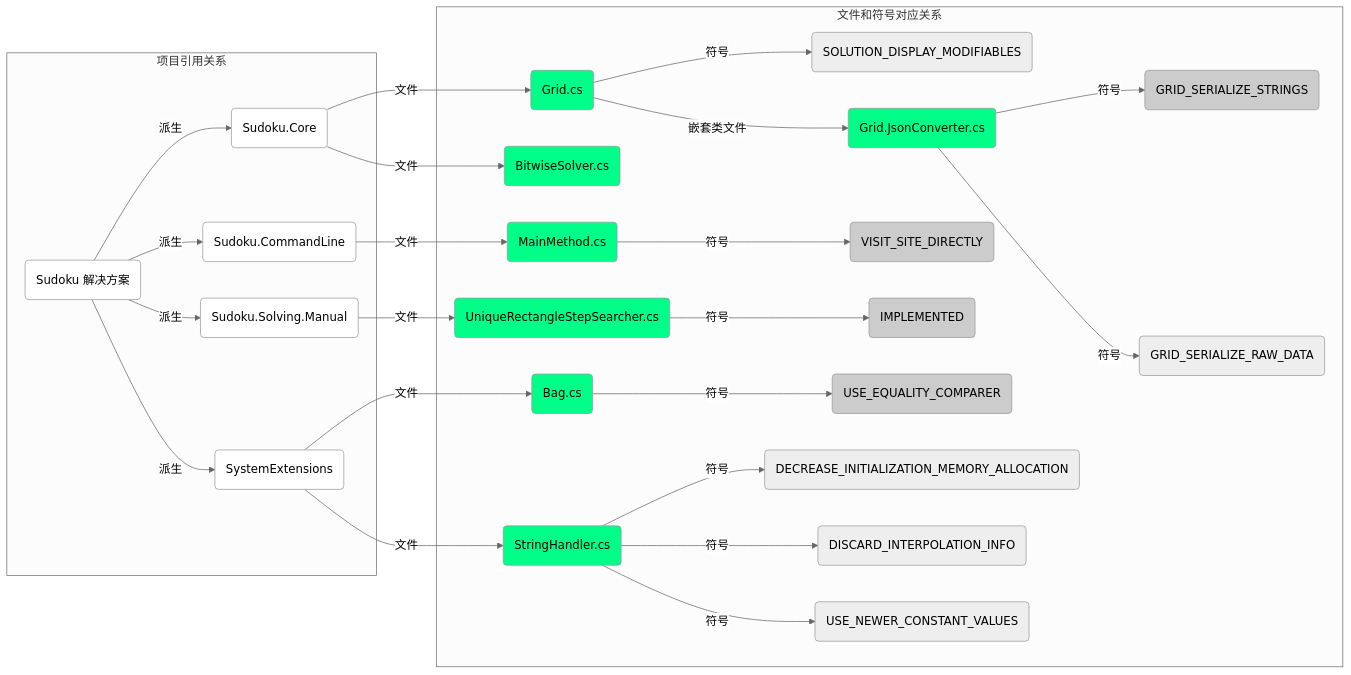
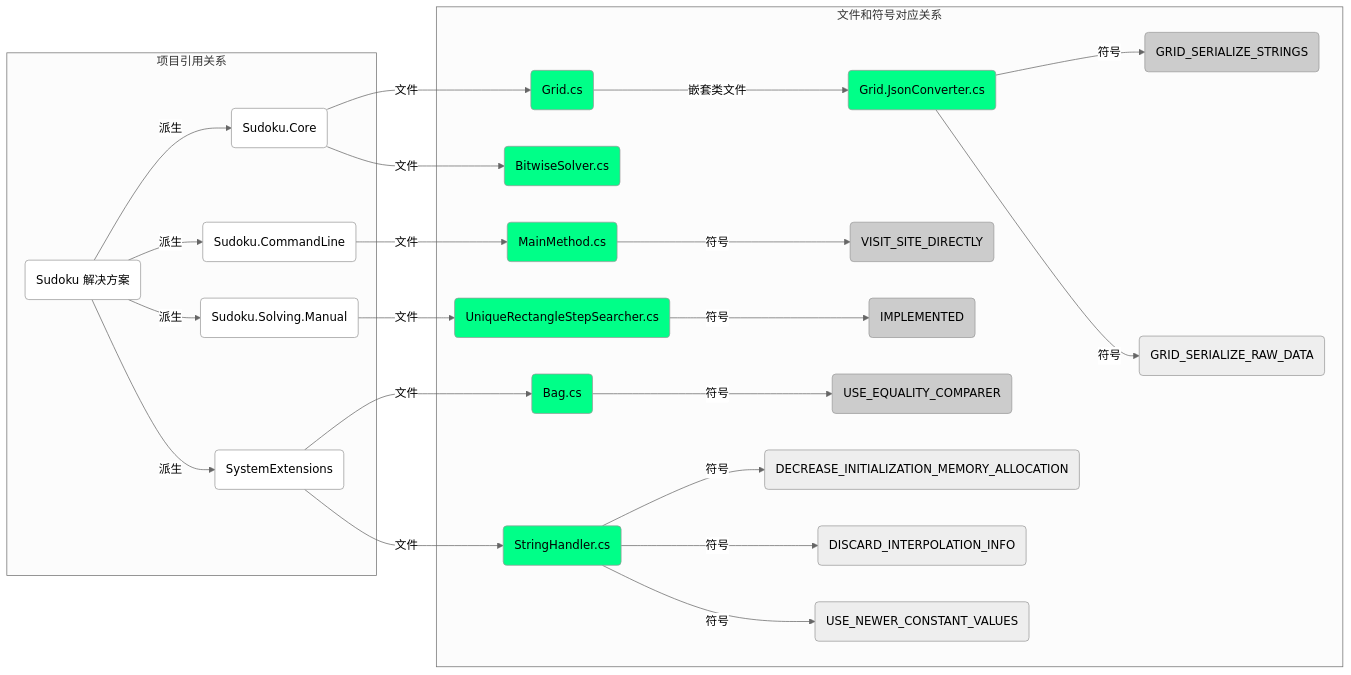
Before and after one commit to KyouyamaKazusa0805/Sudoku: the diagram in docs/compilation-symbols.md, drawn with Mermaid (neutral theme). The commit also changed other lines of this file and 3 other files, not shown here.

````diff
--- a/docs/compilation-symbols.md
+++ b/docs/compilation-symbols.md
@@ -21,63 +20,61 @@
 ```mermaid
 graph LR
     subgraph 项目引用关系
         Z(Sudoku 解决方案) -->|派生| P1(Sudoku.Core)
         Z -->|派生| P3(Sudoku.CommandLine)
         Z -->|派生| P4(Sudoku.Solving.Manual)
         Z -->|派生| P2(SystemExtensions)
         style Z fill:#FFF
         click Z "https://github.com/SunnieShine/Sudoku" _blank
         click P1 "https://github.com/SunnieShine/Sudoku/tree/main/src/Sudoku.Core" _blank
         click P2 "https://github.com/SunnieShine/Sudoku/tree/main/src/System" _blank
         click P3 "https://github.com/SunnieShine/Sudoku/tree/main/src/Sudoku.CommandLine" _blank
         click P4 "https://github.com/SunnieShine/Sudoku/tree/main/src/Sudoku.Solving.Manual" _blank
         click P5 "https://github.com/SunnieShine/Sudoku/tree/main/src/Sudoku.UI" _blank
     end
 
     subgraph 文件和符号对应关系
         P1 -->|文件| A(Grid.cs)
         P1 -->|文件| D(BitwiseSolver.cs)
         P2 -->|文件| C(Bag.cs)
         P2 -->|文件| G(StringHandler.cs)
         P3 -->|文件| F(MainMethod.cs)
         P4 -->|文件| H(UniqueRectangleStepSearcher.cs)
         style P1 fill:#FFF
         style P2 fill:#FFF
         style P3 fill:#FFF
         style P4 fill:#FFF
         style A fill:#0F8
         style B fill:#0F8
         style C fill:#0F8
         style D fill:#0F8
         style F fill:#0F8
         style G fill:#0F8
         style H fill:#0F8
         click A "https://github.com/SunnieShine/Sudoku/blob/main/src/Sudoku.Core/Collections/Grid.cs" _blank
         click C "https://github.com/SunnieShine/Sudoku/blob/main/src/System/Collections/Generic/Bag.cs" _blank
         click D "https://github.com/SunnieShine/Sudoku/blob/main/src/Sudoku.Core/Solving/BitwiseSolver.cs" _blank
         click F "https://github.com/SunnieShine/Sudoku/tree/main/src/Sudoku.CommandLine/MainMethod.cs" _blank
         click G "https://github.com/SunnieShine/Sudoku/blob/main/src/System/Text/StringHandler.cs" _blank
         click H "https://github.com/SunnieShine/Sudoku/blob/main/src/Sudoku.Solving/Solving/Manual/Searchers/DeadlyPatterns/Rectangles/UniqueRectangleStepSearcher.cs" _blank
 
-        A -->|符号| S2(SOLUTION_DISPLAY_MODIFIABLES)
         A -->|嵌套类文件| B(Grid.JsonConverter.cs)
         B -->|符号| S3(GRID_SERIALIZE_STRINGS)
         B -->|符号| S4(GRID_SERIALIZE_RAW_DATA)
         C -->|符号| S5(USE_EQUALITY_COMPARER)
         F -->|符号| S7(VISIT_SITE_DIRECTLY)
         G -->|符号| S8(DECREASE_INITIALIZATION_MEMORY_ALLOCATION)
         G -->|符号| S9(DISCARD_INTERPOLATION_INFO)
         G -->|符号| S10(USE_NEWER_CONSTANT_VALUES)
         H -->|符号| S11(IMPLEMENTED)
-        style S2 fill:#EEE
         style S3 fill:#CCC
         style S4 fill:#EEE
         style S5 fill:#CCC
         style S7 fill:#CCC
         style S8 fill:#EEE
         style S9 fill:#EEE
         style S10 fill:#EEE
         style S11 fill:#CCC
         click B "https://github.com/SunnieShine/Sudoku/blob/main/src/Sudoku.Core/Collections/Grid.JsonConverter.cs" _blank
     end
 ```
````
